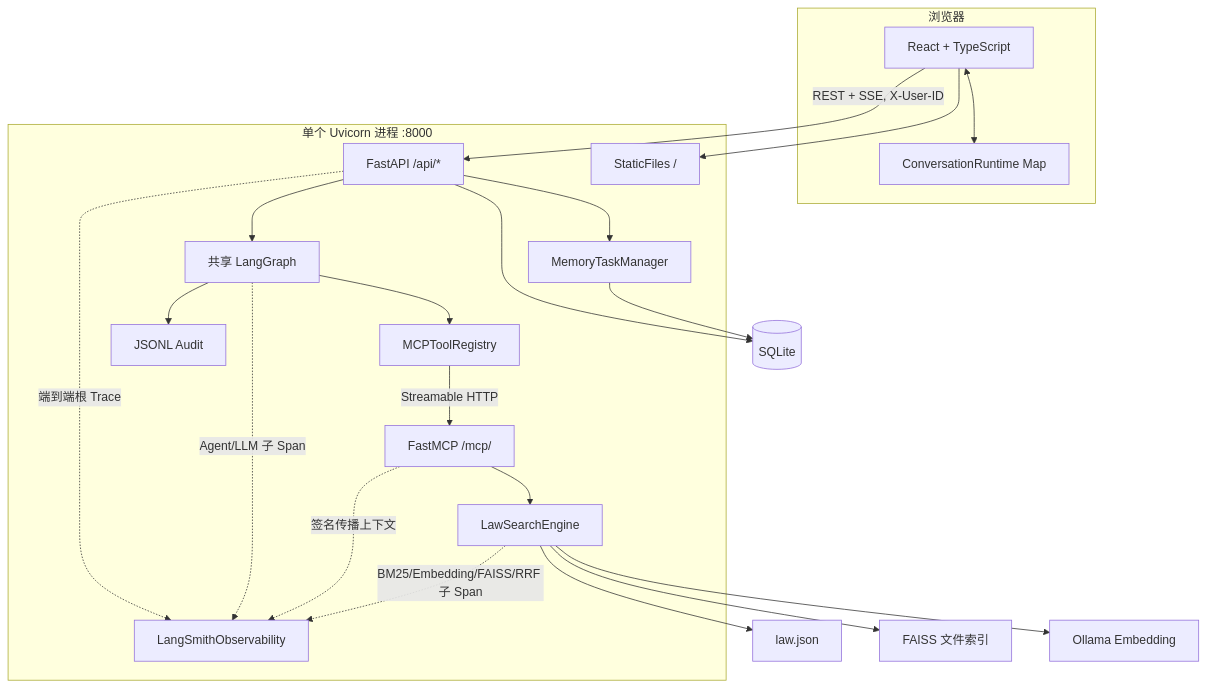
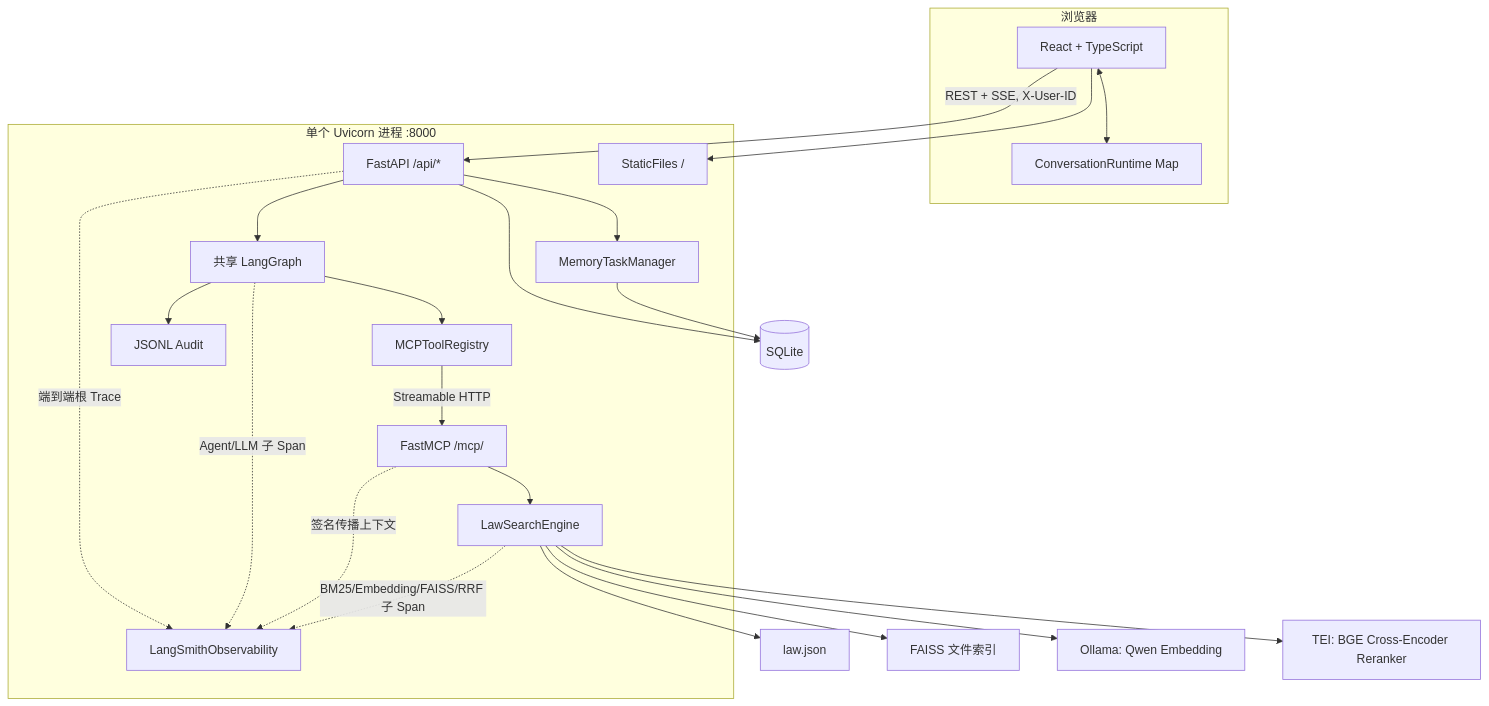
Before and after one commit to Vinn7/LawStation: the first of 2 diagrams in resume/architecture.md, drawn with Mermaid. The commit also changed other lines of this file and 49 other files, not shown here.

````diff
--- a/resume/architecture.md
+++ b/resume/architecture.md
@@ -19,38 +19,39 @@
 ```mermaid
 flowchart TB
     subgraph Browser["浏览器"]
         UI["React + TypeScript"]
         CACHE["ConversationRuntime Map"]
         UI <--> CACHE
     end
 
     subgraph Process["单个 Uvicorn 进程 :8000"]
         API["FastAPI /api/*"]
         STATIC["StaticFiles /"]
         MCP["FastMCP /mcp/"]
         GRAPH["共享 LangGraph"]
         REGISTRY["MCPToolRegistry"]
         MEMORY["MemoryTaskManager"]
         RAG["LawSearchEngine"]
         AUDIT["JSONL Audit"]
         OBS["LangSmithObservability"]
     end
 
     UI -->|"REST + SSE, X-User-ID"| API
     UI --> STATIC
     API --> GRAPH
     GRAPH --> REGISTRY
     REGISTRY -->|"Streamable HTTP"| MCP
     MCP --> RAG
     API --> MEMORY
     API --> DB[("SQLite")]
     MEMORY --> DB
     GRAPH --> AUDIT
     API -. "端到端根 Trace" .-> OBS
     GRAPH -. "Agent/LLM 子 Span" .-> OBS
     MCP -. "签名传播上下文" .-> OBS
     RAG -. "BM25/Embedding/FAISS/RRF 子 Span" .-> OBS
     RAG --> LAW["law.json"]
     RAG --> INDEX["FAISS 文件索引"]
-    RAG --> OLLAMA["Ollama Embedding"]
+    RAG --> OLLAMA["Ollama: Qwen Embedding"]
+    RAG --> TEI["TEI: BGE Cross-Encoder Reranker"]
 ```
````
